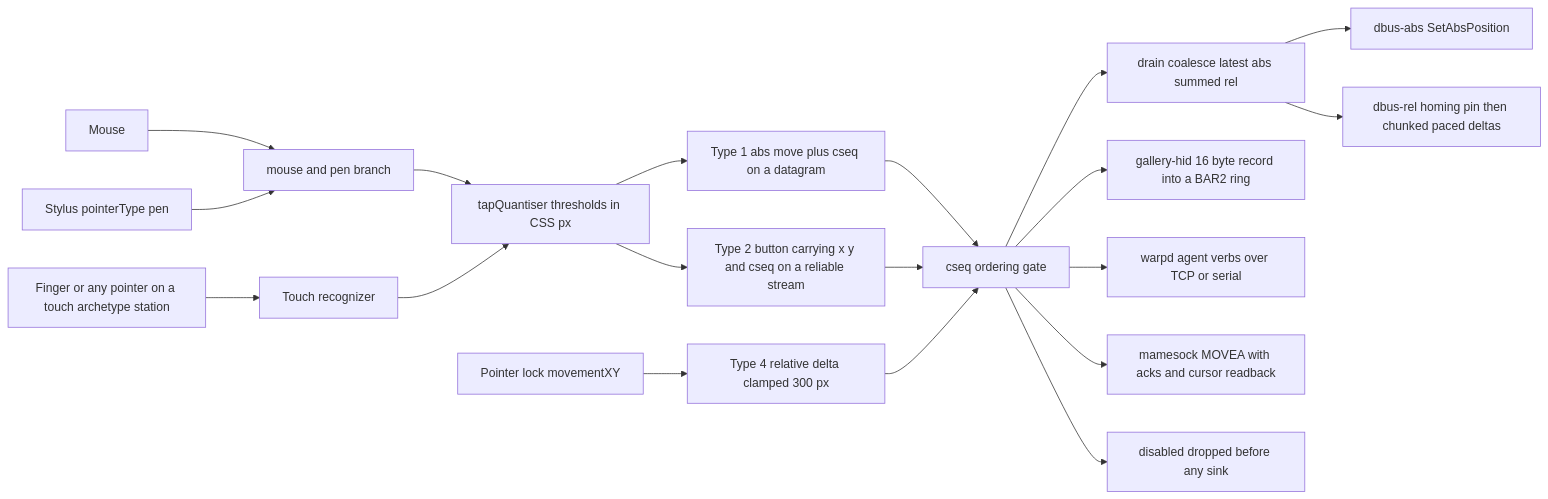
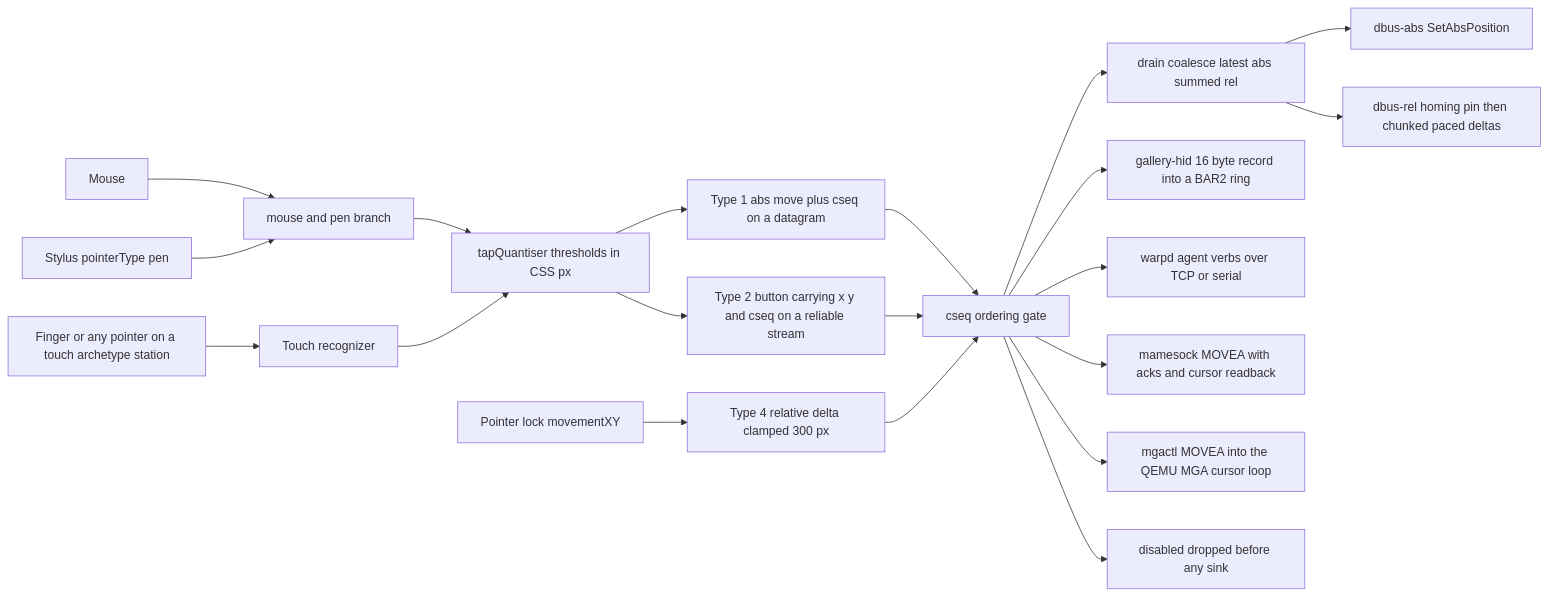
Before and after one commit to Wnt/kernel-hive: the first of 4 diagrams in docs/IO-PATHS.md, drawn with Mermaid. The commit also changed other lines of this file and 15 other files, not shown here.

````diff
--- a/docs/IO-PATHS.md
+++ b/docs/IO-PATHS.md
@@ -52,21 +54,22 @@
 ```mermaid
 flowchart LR
   M[Mouse] --> MP[mouse and pen branch]
   P[Stylus pointerType pen] --> MP
   F[Finger or any pointer on a touch archetype station] --> TP[Touch recognizer]
   MP --> QT[tapQuantiser thresholds in CSS px]
   TP --> QT
   QT --> W1[Type 1 abs move plus cseq on a datagram]
   QT --> W2[Type 2 button carrying x y and cseq on a reliable stream]
   LK[Pointer lock movementXY] --> W4[Type 4 relative delta clamped 300 px]
   W1 --> H[cseq ordering gate]
   W2 --> H
   W4 --> H
   H --> CO[drain coalesce latest abs summed rel]
   CO --> DA[dbus-abs SetAbsPosition]
   CO --> DR[dbus-rel homing pin then chunked paced deltas]
   H --> GH[gallery-hid 16 byte record into a BAR2 ring]
   H --> WD[warpd agent verbs over TCP or serial]
   H --> MS[mamesock MOVEA with acks and cursor readback]
+  H --> MG[mgactl MOVEA into the QEMU MGA cursor loop]
   H --> X[disabled dropped before any sink]
 ```
````
